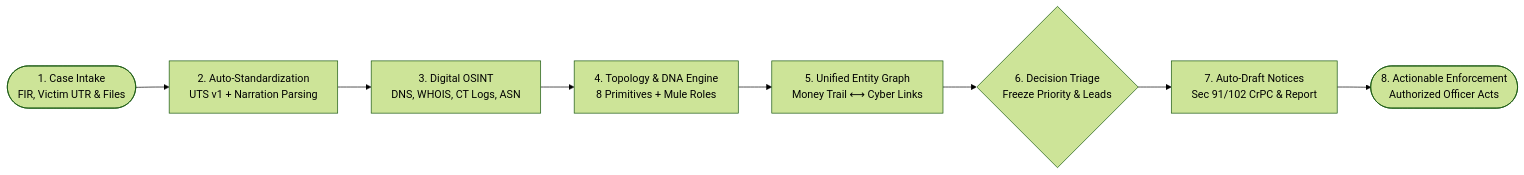
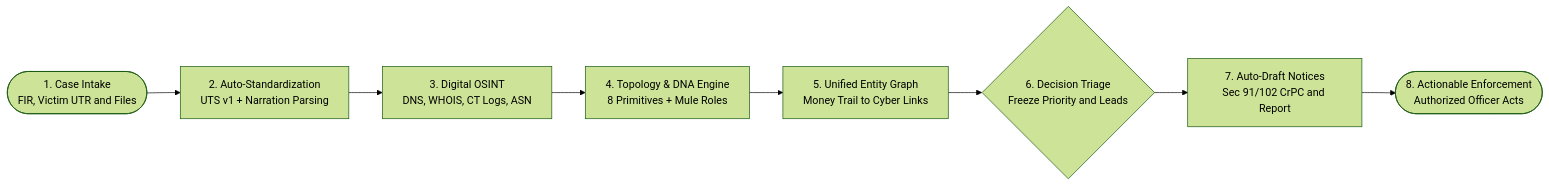
One commit to NIVION-HUB/NAUTILUS changed the second of 2 diagrams in README.md. Above: the diagram before and after it, drawn with Mermaid (forest theme). The commit also changed other lines of this file, not shown here.

````diff
--- a/README.md
+++ b/README.md
@@ -118,10 +119,10 @@
 ```mermaid
 flowchart LR
-    S1([1. Case Intake<br/>FIR, Victim UTR & Files]) --> S2[2. Auto-Standardization<br/>UTS v1 + Narration Parsing]
-    S2 --> S3[3. Digital OSINT<br/>DNS, WHOIS, CT Logs, ASN]
-    S3 --> S4[4. Topology & DNA Engine<br/>8 Primitives + Mule Roles]
-    S4 --> S5[5. Unified Entity Graph<br/>Money Trail ⟷ Cyber Links]
-    S5 --> S6{6. Decision Triage<br/>Freeze Priority & Leads}
-    S6 --> S7[7. Auto-Draft Notices<br/>Sec 91/102 CrPC & Report]
-    S7 --> S8([8. Actionable Enforcement<br/>Authorized Officer Acts])
+    S1(["1. Case Intake<br/>FIR, Victim UTR and Files"]) --> S2["2. Auto-Standardization<br/>UTS v1 + Narration Parsing"]
+    S2 --> S3["3. Digital OSINT<br/>DNS, WHOIS, CT Logs, ASN"]
+    S3 --> S4["4. Topology & DNA Engine<br/>8 Primitives + Mule Roles"]
+    S4 --> S5["5. Unified Entity Graph<br/>Money Trail to Cyber Links"]
+    S5 --> S6{"6. Decision Triage<br/>Freeze Priority and Leads"}
+    S6 --> S7["7. Auto-Draft Notices<br/>Sec 91/102 CrPC and Report"]
+    S7 --> S8(["8. Actionable Enforcement<br/>Authorized Officer Acts"])
 ```
````
